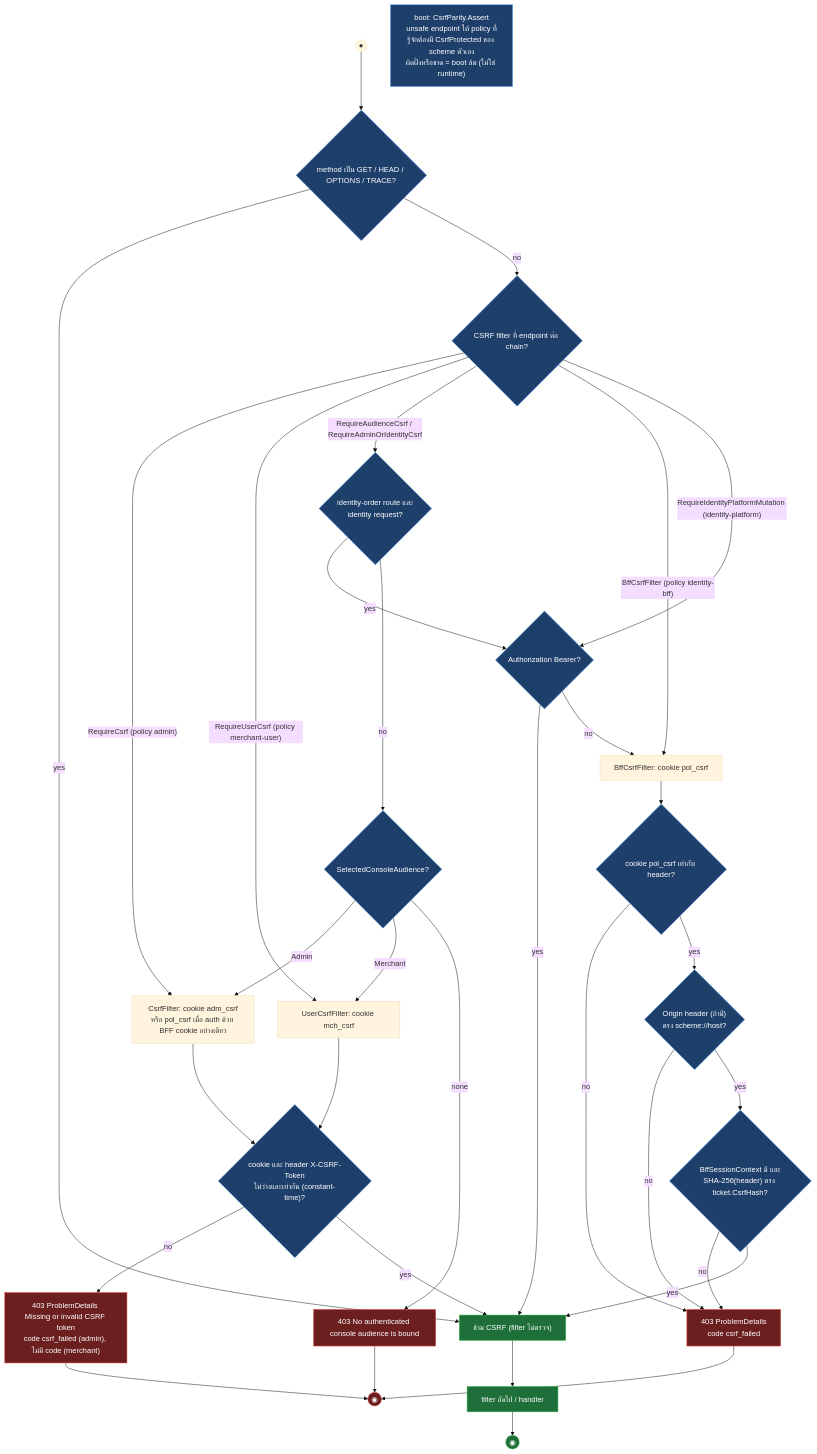
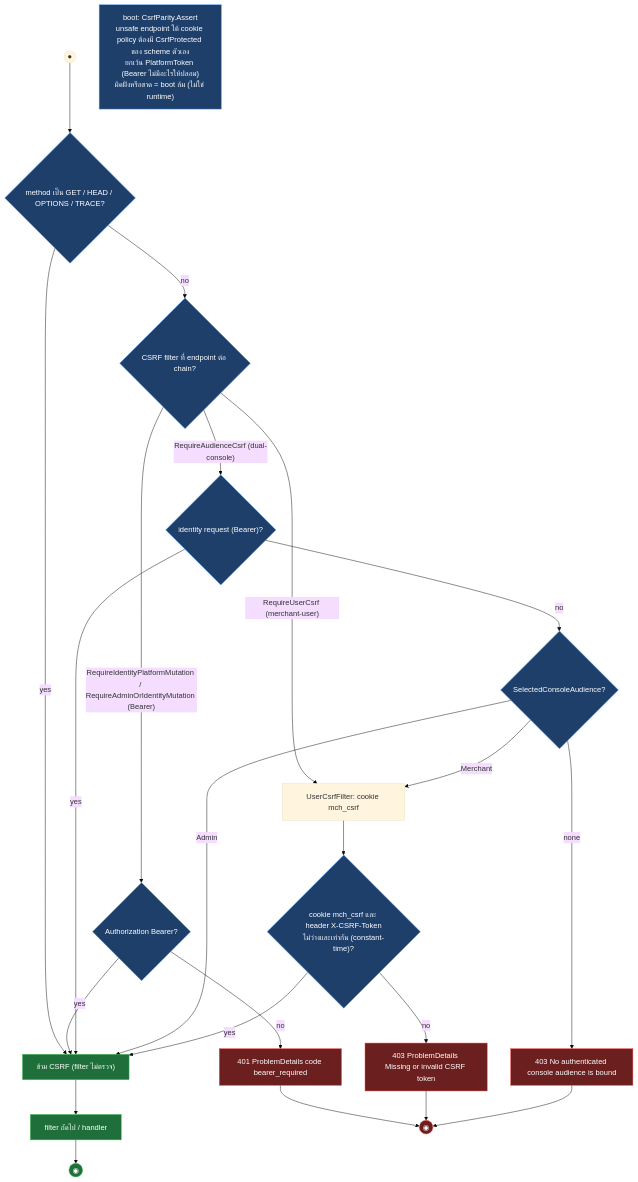
One commit to metrodiesign/pol-core changed the third of 9 diagrams in outputs/diagrams/2026-09-14_api-endpoints_v1/00-cross-cutting.activities.md. Above: the diagram before and after it, drawn with Mermaid (base theme). The commit also changed other lines of this file and 42 other files, not shown here.

First line of the commit message:
docs: align reference docs and the API diagram set with the Bearer-only admin plane

````diff
--- a/outputs/diagrams/2026-09-14_api-endpoints_v1/00-cross-cutting.activities.md
+++ b/outputs/diagrams/2026-09-14_api-endpoints_v1/00-cross-cutting.activities.md
@@ -169,42 +155,32 @@
 ```mermaid
 flowchart TD
     START((●)) --> SAFE{"method เป็น GET / HEAD / OPTIONS / TRACE?"}
     SAFE -->|yes| PASS["ข้าม CSRF (filter ไม่ตรวจ)"]
     SAFE -->|no| KIND{"CSRF filter ที่ endpoint ต่อ chain?"}
-    KIND -->|"RequireCsrf (policy admin)"| ADM["CsrfFilter: cookie adm_csrf<br/>หรือ pol_csrf เมื่อ auth ด้วย BFF cookie อย่างเดียว"]
-    KIND -->|"RequireUserCsrf (policy merchant-user)"| MCH["UserCsrfFilter: cookie mch_csrf"]
-    KIND -->|"RequireAudienceCsrf / RequireAdminOrIdentityCsrf"| AUD{"identity-order route และ<br/>identity request?"}
-    KIND -->|"BffCsrfFilter (policy identity-bff)"| BFF["BffCsrfFilter: cookie pol_csrf"]
-    KIND -->|"RequireIdentityPlatformMutation (identity-platform)"| BEARER{"Authorization Bearer?"}
+    KIND -->|"RequireUserCsrf (merchant-user)"| MCH["UserCsrfFilter: cookie mch_csrf"]
+    KIND -->|"RequireAudienceCsrf (dual-console)"| AUD{"identity request (Bearer)?"}
+    KIND -->|"RequireIdentityPlatformMutation / RequireAdminOrIdentityMutation (Bearer)"| BEARER{"Authorization Bearer?"}
     BEARER -->|yes| PASS
-    BEARER -->|no| BFF
-    AUD -->|yes| BEARER
+    BEARER -->|no| R401["401 ProblemDetails code bearer_required"]
+    AUD -->|yes| PASS
     AUD -->|no| SELAUD{"SelectedConsoleAudience?"}
-    SELAUD -->|Admin| ADM
+    SELAUD -->|Admin| PASS
     SELAUD -->|Merchant| MCH
     SELAUD -->|none| R403_AUD["403 No authenticated console audience is bound"]
-    ADM --> CMP_A{"cookie และ header X-CSRF-Token<br/>ไม่ว่างและเท่ากัน (constant-time)?"}
-    MCH --> CMP_A
-    CMP_A -->|no| R403["403 ProblemDetails Missing or invalid CSRF token<br/>code csrf_failed (admin), ไม่มี code (merchant)"]
-    CMP_A -->|yes| PASS
-    BFF --> CMP_B{"cookie pol_csrf เท่ากับ header?"}
-    CMP_B -->|no| R403_B["403 ProblemDetails<br/>code csrf_failed"]
-    CMP_B -->|yes| ORIGIN{"Origin header (ถ้ามี)<br/>ตรง scheme://host?"}
-    ORIGIN -->|no| R403_B
-    ORIGIN -->|yes| HASH{"BffSessionContext มี และ<br/>SHA-256(header) ตรง ticket.CsrfHash?"}
-    HASH -->|no| R403_B
-    HASH -->|yes| PASS
+    MCH --> CMP{"cookie mch_csrf และ header X-CSRF-Token<br/>ไม่ว่างและเท่ากัน (constant-time)?"}
+    CMP -->|no| R403["403 ProblemDetails Missing or invalid CSRF token"]
+    CMP -->|yes| PASS
     PASS --> NEXT["filter ถัดไป / handler"]
     NEXT --> END_S((◉))
-    R403 --> END_F((◉))
-    R403_B --> END_F
+    R401 --> END_F((◉))
+    R403 --> END_F
     R403_AUD --> END_F
-    BOOT["boot: CsrfParity.Assert<br/>unsafe endpoint ใต้ policy ที่รู้จักต้องมี CsrfProtected ของ scheme ตัวเอง<br/>ผิดฝั่งหรือขาด = boot ล้ม (ไม่ใช่ runtime)"]
+    BOOT["boot: CsrfParity.Assert<br/>unsafe endpoint ใต้ cookie policy ต้องมี CsrfProtected ของ scheme ตัวเอง<br/>ยกเว้น PlatformToken (Bearer ไม่มีอะไรให้ปลอม)<br/>ผิดฝั่งหรือขาด = boot ล้ม (ไม่ใช่ runtime)"]
 
     classDef ok fill:#1f6f3a,stroke:#3fb950,color:#fff
     classDef fail fill:#6b1f1f,stroke:#f85149,color:#fff
     classDef gate fill:#1f3f6b,stroke:#58a6ff,color:#fff
     class PASS,NEXT,END_S ok
-    class R403,R403_B,R403_AUD,END_F fail
-    class SAFE,KIND,AUD,BEARER,SELAUD,CMP_A,CMP_B,ORIGIN,HASH,BOOT gate
+    class R401,R403,R403_AUD,END_F fail
+    class SAFE,KIND,AUD,BEARER,SELAUD,CMP,BOOT gate
 ```
````
